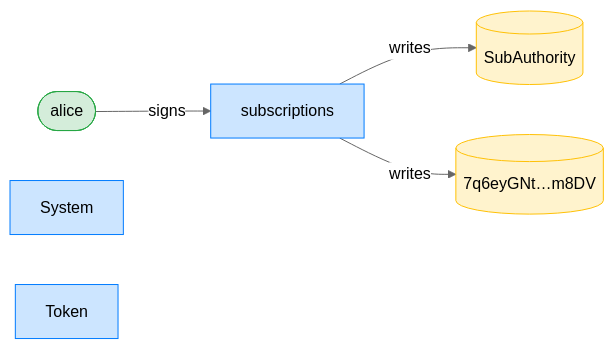
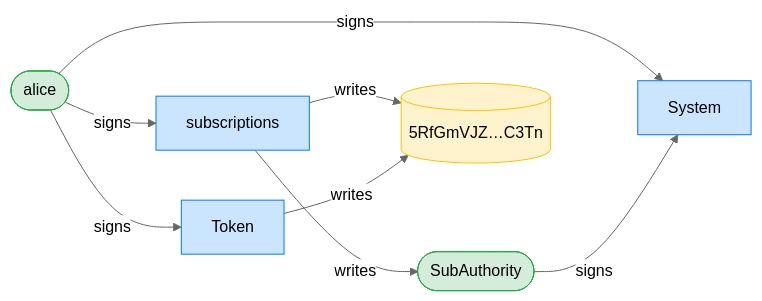
One commit to cds-rs/subscriptions changed the third of 8 diagrams in dsl_tests/transfer-subscription--signer-accounts-must-sign.md. Above: the diagram before and after it, drawn with Mermaid (neutral theme). The commit also changed other lines of this file and 224 other files, not shown here.

````diff
--- a/dsl_tests/transfer-subscription--signer-accounts-must-sign.md
+++ b/dsl_tests/transfer-subscription--signer-accounts-must-sign.md
@@ -55,15 +56,19 @@
 ```mermaid
 flowchart LR
     classDef signer fill:#d4edda,stroke:#28a745;
     classDef program fill:#cce5ff,stroke:#007bff;
     classDef writable fill:#fff3cd,stroke:#ffc107;
     subscriptions[subscriptions]:::program
     alice([alice]):::signer
-    SubAuthority[(SubAuthority)]:::writable
-    7q6eyGNt_m8DV[("7q6eyGNt…m8DV")]:::writable
+    SubAuthority([SubAuthority]):::signer
+    5RfGmVJZ_C3Tn[("5RfGmVJZ…C3Tn")]:::writable
     System[System]:::program
     Token[Token]:::program
     alice -->|signs| subscriptions
+    alice -->|signs| System
+    SubAuthority -->|signs| System
+    alice -->|signs| Token
     subscriptions -->|writes| SubAuthority
-    subscriptions -->|writes| 7q6eyGNt_m8DV
+    subscriptions -->|writes| 5RfGmVJZ_C3Tn
+    Token -->|writes| 5RfGmVJZ_C3Tn
 ```
````
